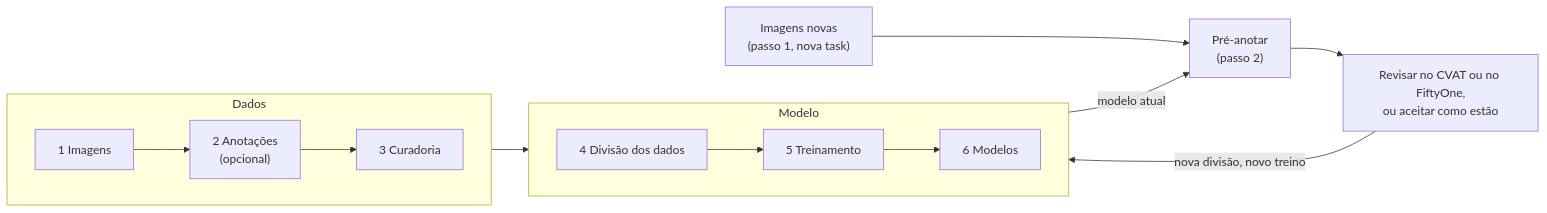
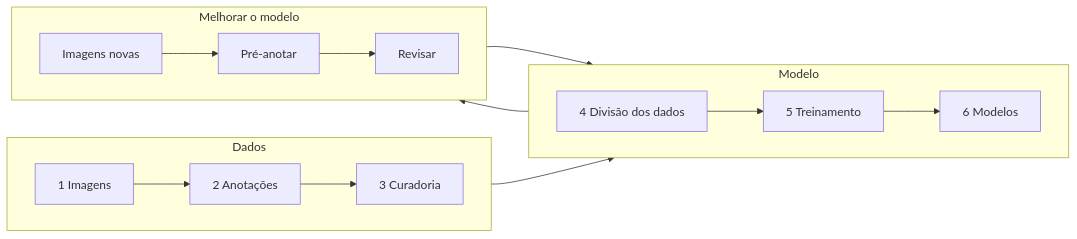
One commit to karemdm/activelabel changed the diagram in docs/GUIA.pt-BR.md. Above: the diagram before and after it, drawn with Mermaid. The commit also changed other lines of this file and 3 other files, not shown here.

Commit message:
docs: redraw the diagrams with short labels and simple layouts so nothing overlaps (#220)

````diff
--- a/docs/GUIA.pt-BR.md
+++ b/docs/GUIA.pt-BR.md
@@ -11,16 +11,18 @@
 ```mermaid
 flowchart LR
-  subgraph Dados
+  subgraph G1["Dados"]
     direction LR
-    A["1 Imagens"] --> B["2 Anotações<br/>(opcional)"] --> C["3 Curadoria"]
+    A["1 Imagens"] --> B["2 Anotações"] --> C["3 Curadoria"]
   end
-  subgraph Modelo
+  subgraph G2["Modelo"]
     direction LR
     D["4 Divisão dos dados"] --> E["5 Treinamento"] --> F["6 Modelos"]
   end
+  subgraph G3["Melhorar o modelo"]
+    direction LR
+    N["Imagens novas"] --> P["Pré-anotar"] --> R["Revisar"]
+  end
   C --> D
-  F -- "modelo atual" --> P["Pré-anotar<br/>(passo 2)"]
-  N["Imagens novas<br/>(passo 1, nova task)"] --> P
-  P --> R["Revisar no CVAT ou no FiftyOne,<br/>ou aceitar como estão"]
-  R -- "nova divisão, novo treino" --> D
+  F --> P
+  R --> D
 ```
````
